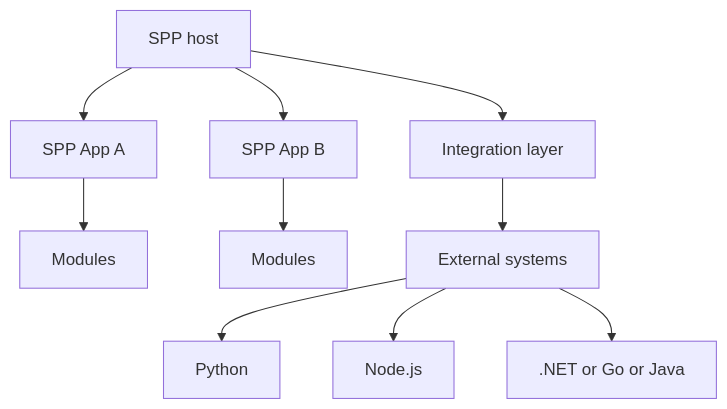
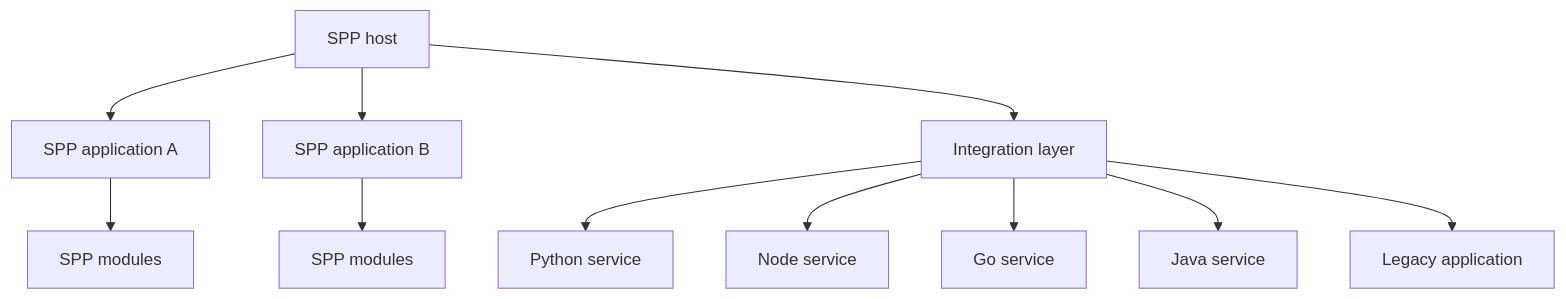
Before and after one commit to shuklasp/spp: the fifth of 5 diagrams in documentation/handbook/10-polyglot-and-external-applications.md, drawn with Mermaid. The commit also changed other lines of this file, not shown here.

````diff
--- a/documentation/handbook/10-polyglot-and-external-applications.md
+++ b/documentation/handbook/10-polyglot-and-external-applications.md
@@ -117,12 +318,13 @@
 ```mermaid
-flowchart TD
-    H[SPP host] --> A[SPP App A]
-    H --> B[SPP App B]
+flowchart TB
+    H[SPP host] --> A[SPP application A]
+    H --> B[SPP application B]
     H --> I[Integration layer]
-    A --> M1[Modules]
-    B --> M2[Modules]
-    I --> X[External systems]
-    X --> P[Python]
-    X --> N[Node.js]
-    X --> G[.NET or Go or Java]
+    A --> M1[SPP modules]
+    B --> M2[SPP modules]
+    I --> P[Python service]
+    I --> N[Node service]
+    I --> G[Go service]
+    I --> J[Java service]
+    I --> L[Legacy application]
 ```
````
